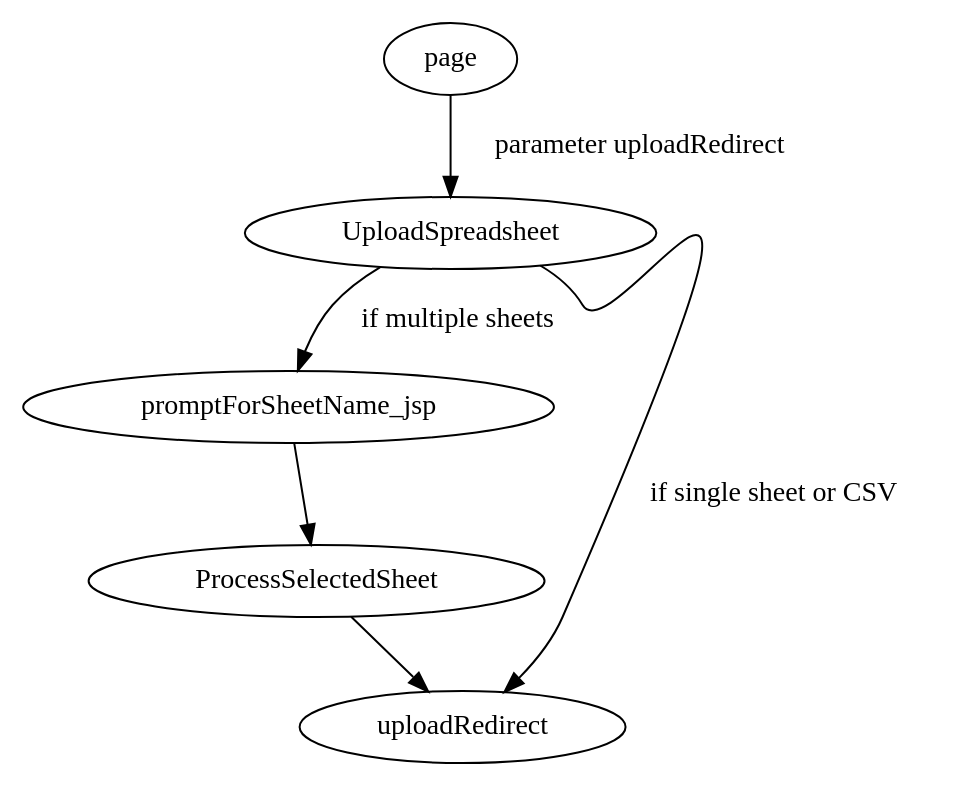
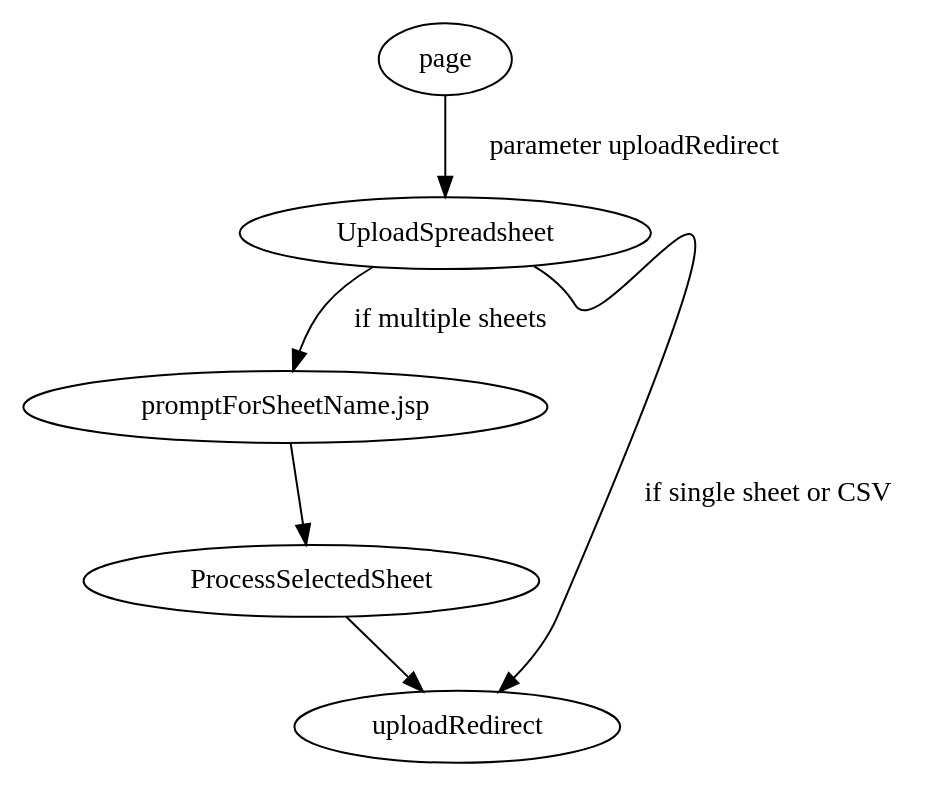
The diagram in scoring/docs/workflows/upload-spreadsheet.dot (jpschewe/fll-sw), drawn with Graphviz before and after one commit. The commit also changed 8 other files, not shown here.

```diff
--- a/scoring/docs/workflows/upload-spreadsheet.dot
+++ b/scoring/docs/workflows/upload-spreadsheet.dot
@@ -1,13 +1,13 @@
 digraph UploadSpreadsheet {
 
 page -> UploadSpreadsheet [label="parameter uploadRedirect"];
 
-UploadSpreadsheet -> promptForSheetName_jsp [label="if multiple sheets"];
+UploadSpreadsheet -> "promptForSheetName.jsp" [label="if multiple sheets"];
 
 UploadSpreadsheet -> uploadRedirect [label="if single sheet or CSV"];
 
-promptForSheetName_jsp -> ProcessSelectedSheet;
+"promptForSheetName.jsp" -> ProcessSelectedSheet;
 
 ProcessSelectedSheet -> uploadRedirect;
 
 }
```
